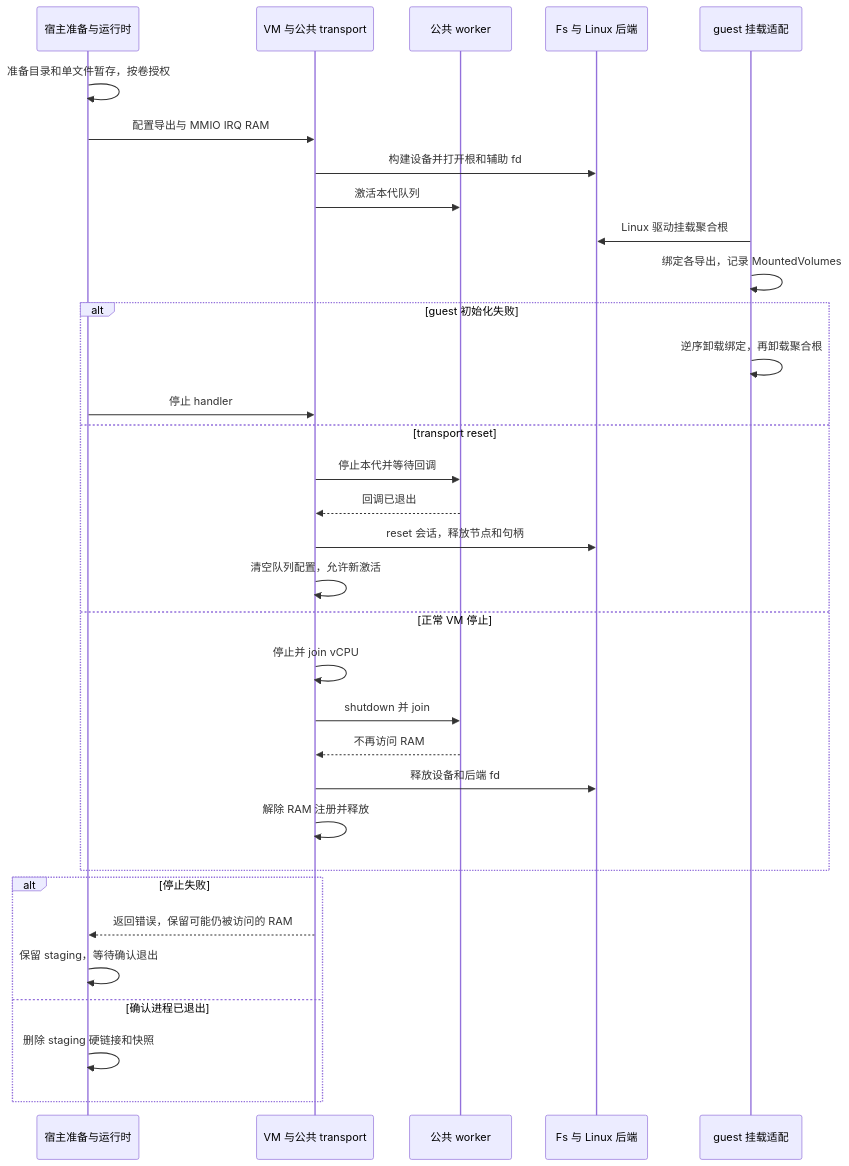
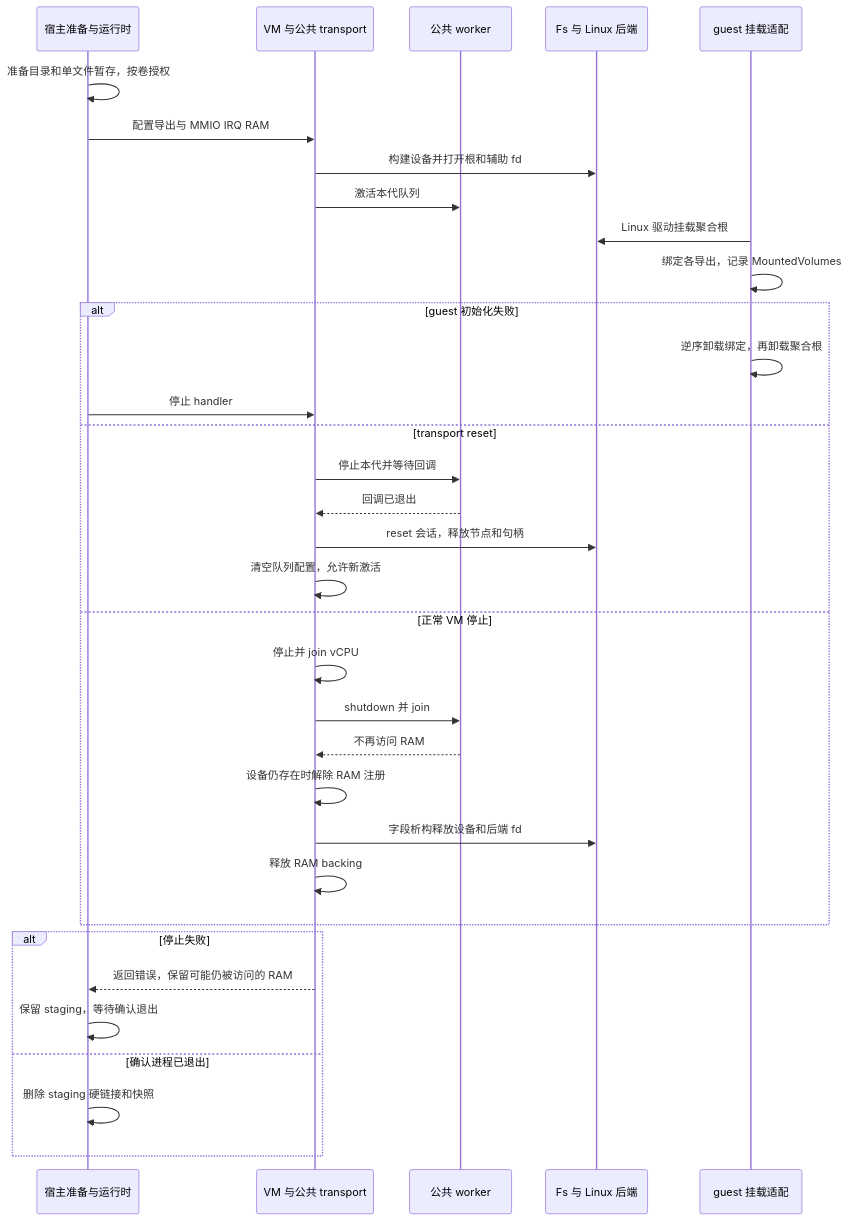
Before and after one commit to boxlite-ai/boxlite: the fifth of 5 diagrams in docs/contributing/architecture/vmm/virtio-fs.md, drawn with Mermaid. The commit also changed other lines of this file, not shown here.

Commit message:
docs(vmm): clarify delivery limits and RAM teardown order

````diff
--- a/docs/contributing/architecture/vmm/virtio-fs.md
+++ b/docs/contributing/architecture/vmm/virtio-fs.md
@@ -215,35 +215,36 @@
 ```mermaid
 sequenceDiagram
     participant H as 宿主准备与运行时
     participant V as VM 与公共 transport
     participant W as 公共 worker
     participant F as Fs 与 Linux 后端
     participant G as guest 挂载适配
     H->>H: 准备目录和单文件暂存，按卷授权
     H->>V: 配置导出与 MMIO IRQ RAM
     V->>F: 构建设备并打开根和辅助 fd
     V->>W: 激活本代队列
     G->>F: Linux 驱动挂载聚合根
     G->>G: 绑定各导出，记录 MountedVolumes
     alt guest 初始化失败
         G->>G: 逆序卸载绑定，再卸载聚合根
         H->>V: 停止 handler
     else transport reset
         V->>W: 停止本代并等待回调
         W-->>V: 回调已退出
         V->>F: reset 会话，释放节点和句柄
         V->>V: 清空队列配置，允许新激活
     else 正常 VM 停止
         V->>V: 停止并 join vCPU
         V->>W: shutdown 并 join
         W-->>V: 不再访问 RAM
-        V->>F: 释放设备和后端 fd
-        V->>V: 解除 RAM 注册并释放
+        V->>V: 设备仍存在时解除 RAM 注册
+        V->>F: 字段析构释放设备和后端 fd
+        V->>V: 释放 RAM backing
     end
     alt 停止失败
         V-->>H: 返回错误，保留可能仍被访问的 RAM
         H->>H: 保留 staging，等待确认退出
     else 确认进程已退出
         H->>H: 删除 staging 硬链接和快照
     end
 ```
````
